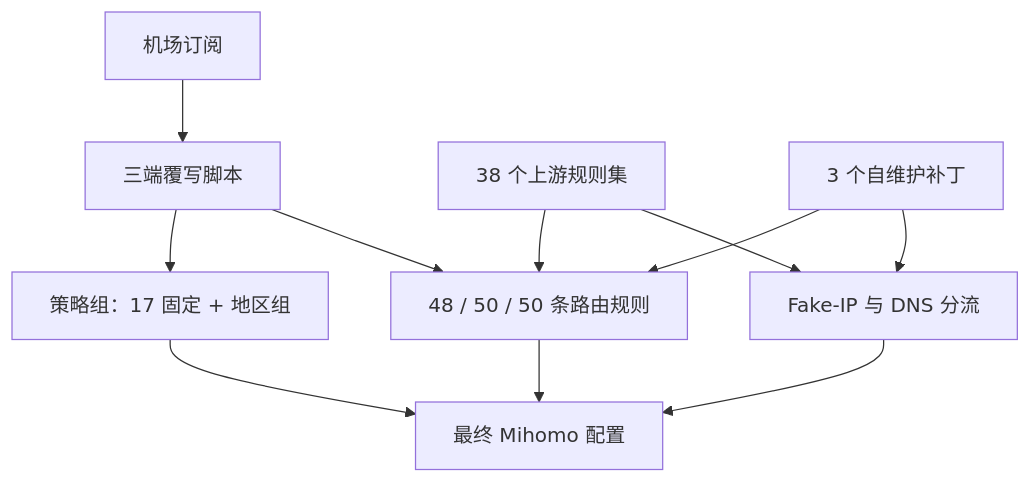
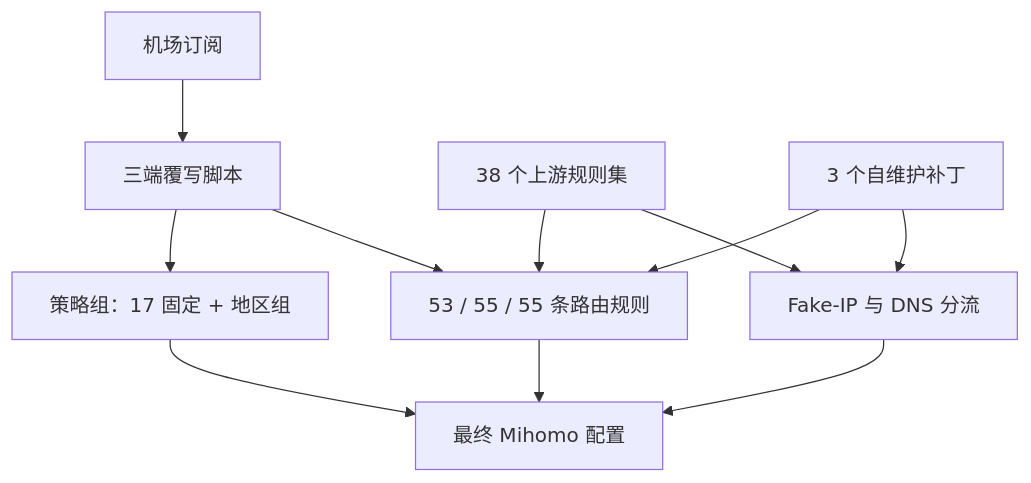
One commit to skullvek/Mihomo-RouteKit changed the diagram in README.md. Above: the diagram before and after it, drawn with Mermaid. The commit also changed other lines of this file and 9 other files, not shown here.

````diff
--- a/README.md
+++ b/README.md
@@ -167,13 +169,13 @@
 ```mermaid
 flowchart TD
     A[机场订阅] --> B[三端覆写脚本]
     B --> C[策略组：17 固定 + 地区组]
-    B --> D[48 / 50 / 50 条路由规则]
+    B --> D[53 / 55 / 55 条路由规则]
     E[38 个上游规则集] --> D
     F[3 个自维护补丁] --> D
     F --> G[Fake-IP 与 DNS 分流]
     E --> G
     D --> H[最终 Mihomo 配置]
     G --> H
     C --> H
 ```
````
